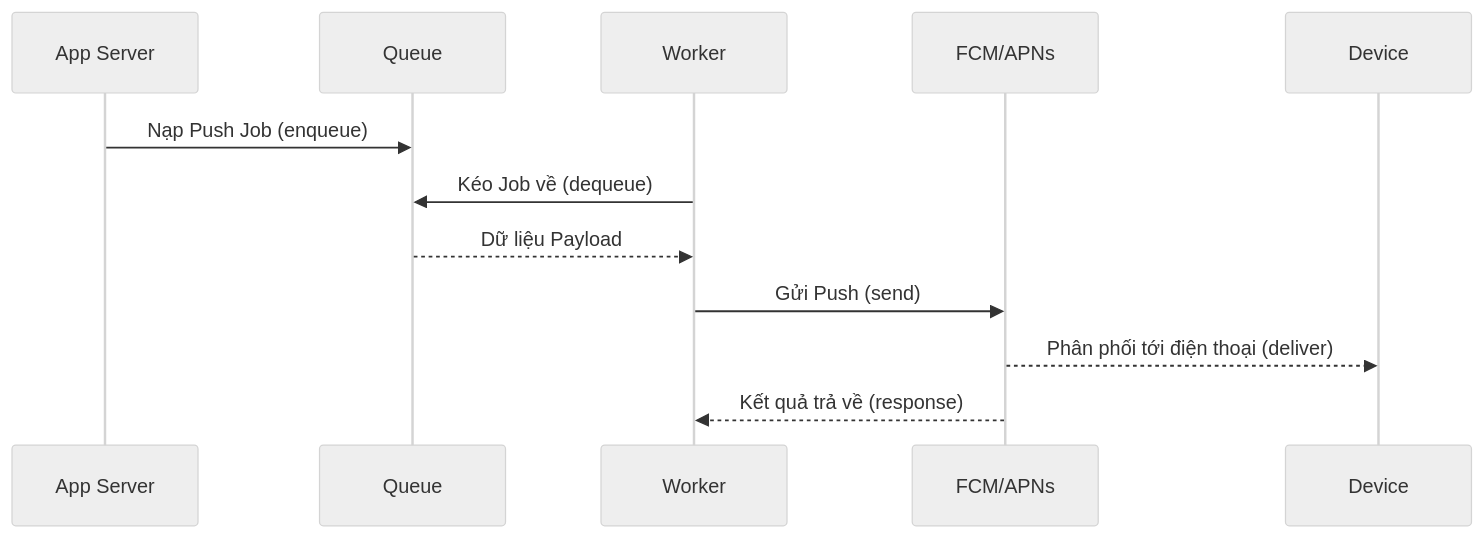
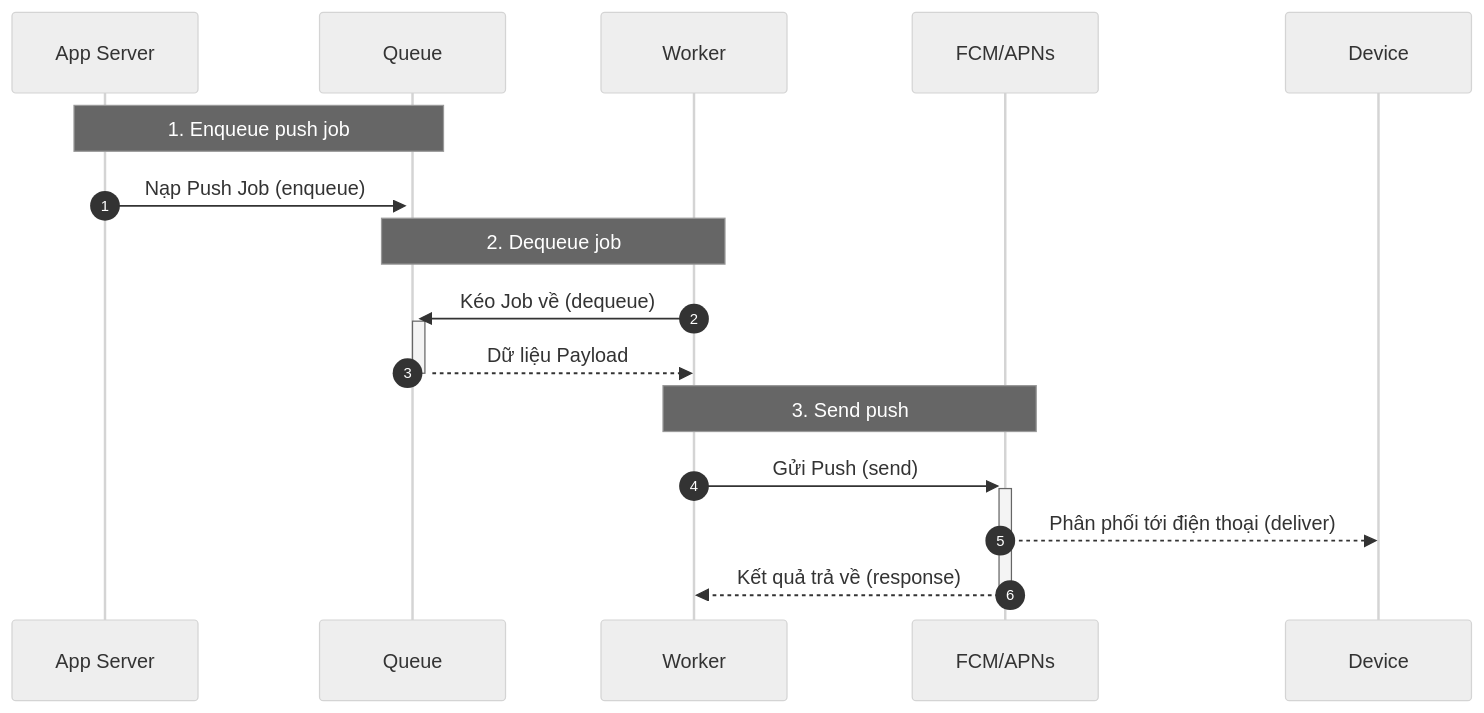
One commit to dinhhoang235/Chat-App changed the first of 3 diagrams in docs/notifications.md. Above: the diagram before and after it, drawn with Mermaid (neutral theme). The commit also changed other lines of this file and 12 other files, not shown here.

Commit message:
docs: enhance sequence diagrams with detailed notes for various features

````diff
--- a/docs/notifications.md
+++ b/docs/notifications.md
@@ -22,15 +22,21 @@
 ```mermaid
 sequenceDiagram
+  autonumber
   participant API as App Server
   participant Q as Queue
   participant W as Worker
   participant F as FCM/APNs
   participant D as Device
 
-  API->>Q: Nạp Push Job (enqueue)
-  W->>Q: Kéo Job về (dequeue)
-  Q-->>W: Dữ liệu Payload
-  W->>F: Gửi Push (send)
+  Note over API,Q: 1. Enqueue push job
+  API->>+Q: Nạp Push Job (enqueue)
+
+  Note over W,Q: 2. Dequeue job
+  W->>+Q: Kéo Job về (dequeue)
+  Q-->>-W: Dữ liệu Payload
+
+  Note over W,F: 3. Send push
+  W->>+F: Gửi Push (send)
   F-->>D: Phân phối tới điện thoại (deliver)
-  F-->>W: Kết quả trả về (response)
+  F-->>-W: Kết quả trả về (response)
 ```
````
